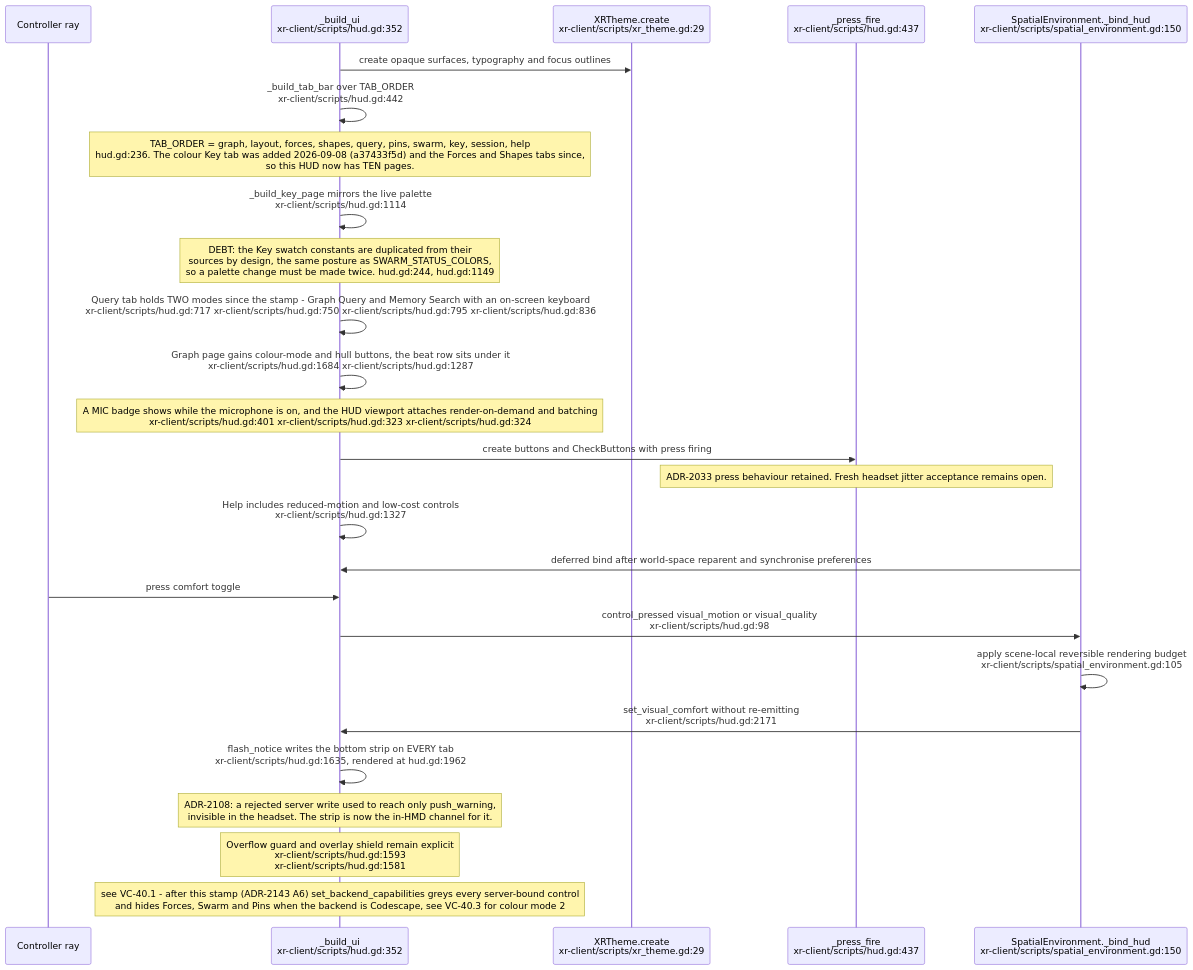
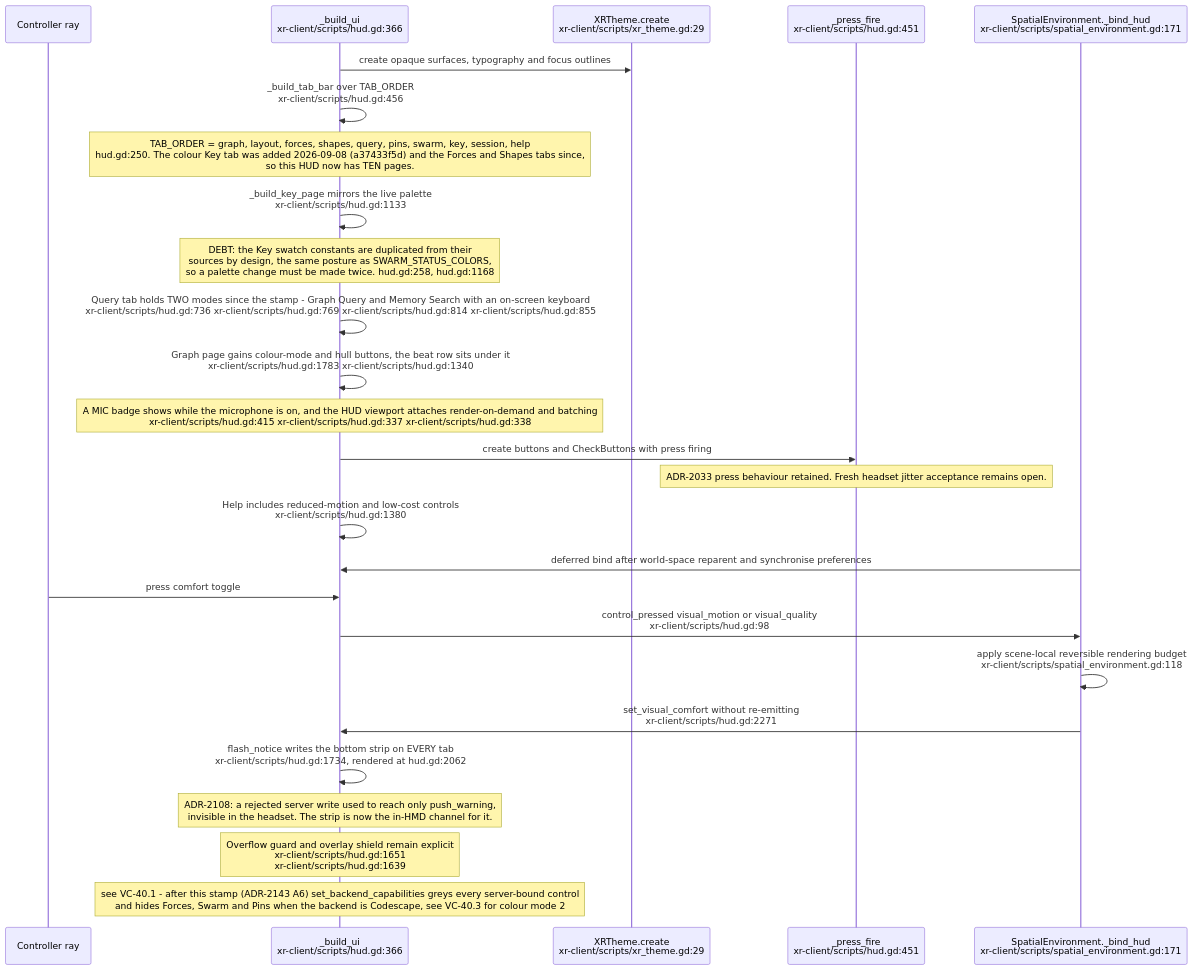
One commit to DreamLab-AI/VisionFlow changed the eighth of 27 diagrams in docs/diagrams/visionclaw/36-godot-xr-client.md. Above: the diagram before and after it, drawn with Mermaid. The commit also changed other lines of this file and 173 other files, not shown here.

````diff
--- a/docs/diagrams/visionclaw/36-godot-xr-client.md
+++ b/docs/diagrams/visionclaw/36-godot-xr-client.md
@@ -461,28 +473,28 @@
 ```mermaid
 sequenceDiagram
     participant W as Controller ray
-    participant HUD as _build_ui<br/>xr-client/scripts/hud.gd:352
+    participant HUD as _build_ui<br/>xr-client/scripts/hud.gd:366
     participant Theme as XRTheme.create<br/>xr-client/scripts/xr_theme.gd:29
-    participant Press as _press_fire<br/>xr-client/scripts/hud.gd:437
-    participant Env as SpatialEnvironment._bind_hud<br/>xr-client/scripts/spatial_environment.gd:150
+    participant Press as _press_fire<br/>xr-client/scripts/hud.gd:451
+    participant Env as SpatialEnvironment._bind_hud<br/>xr-client/scripts/spatial_environment.gd:171
     HUD->>Theme: create opaque surfaces, typography and focus outlines
-    HUD->>HUD: _build_tab_bar over TAB_ORDER<br/>xr-client/scripts/hud.gd:442
-    Note over HUD: TAB_ORDER = graph, layout, forces, shapes, query, pins, swarm, key, session, help<br/>hud.gd:236. The colour Key tab was added 2026-09-08 (a37433f5d) and the Forces and Shapes tabs since,<br/>so this HUD now has TEN pages.
-    HUD->>HUD: _build_key_page mirrors the live palette<br/>xr-client/scripts/hud.gd:1114
-    Note over HUD: DEBT: the Key swatch constants are duplicated from their<br/>sources by design, the same posture as SWARM_STATUS_COLORS,<br/>so a palette change must be made twice. hud.gd:244, hud.gd:1149
-    HUD->>HUD: Query tab holds TWO modes since the stamp - Graph Query and Memory Search with an on-screen keyboard<br/>xr-client/scripts/hud.gd:717 xr-client/scripts/hud.gd:750 xr-client/scripts/hud.gd:795 xr-client/scripts/hud.gd:836
-    HUD->>HUD: Graph page gains colour-mode and hull buttons, the beat row sits under it<br/>xr-client/scripts/hud.gd:1684 xr-client/scripts/hud.gd:1287
-    Note over HUD: A MIC badge shows while the microphone is on, and the HUD viewport attaches render-on-demand and batching<br/>xr-client/scripts/hud.gd:401 xr-client/scripts/hud.gd:323 xr-client/scripts/hud.gd:324
+    HUD->>HUD: _build_tab_bar over TAB_ORDER<br/>xr-client/scripts/hud.gd:456
+    Note over HUD: TAB_ORDER = graph, layout, forces, shapes, query, pins, swarm, key, session, help<br/>hud.gd:250. The colour Key tab was added 2026-09-08 (a37433f5d) and the Forces and Shapes tabs since,<br/>so this HUD now has TEN pages.
+    HUD->>HUD: _build_key_page mirrors the live palette<br/>xr-client/scripts/hud.gd:1133
+    Note over HUD: DEBT: the Key swatch constants are duplicated from their<br/>sources by design, the same posture as SWARM_STATUS_COLORS,<br/>so a palette change must be made twice. hud.gd:258, hud.gd:1168
+    HUD->>HUD: Query tab holds TWO modes since the stamp - Graph Query and Memory Search with an on-screen keyboard<br/>xr-client/scripts/hud.gd:736 xr-client/scripts/hud.gd:769 xr-client/scripts/hud.gd:814 xr-client/scripts/hud.gd:855
+    HUD->>HUD: Graph page gains colour-mode and hull buttons, the beat row sits under it<br/>xr-client/scripts/hud.gd:1783 xr-client/scripts/hud.gd:1340
+    Note over HUD: A MIC badge shows while the microphone is on, and the HUD viewport attaches render-on-demand and batching<br/>xr-client/scripts/hud.gd:415 xr-client/scripts/hud.gd:337 xr-client/scripts/hud.gd:338
     HUD->>Press: create buttons and CheckButtons with press firing
     Note over Press: ADR-2033 press behaviour retained. Fresh headset jitter acceptance remains open.
-    HUD->>HUD: Help includes reduced-motion and low-cost controls<br/>xr-client/scripts/hud.gd:1327
+    HUD->>HUD: Help includes reduced-motion and low-cost controls<br/>xr-client/scripts/hud.gd:1380
     Env->>HUD: deferred bind after world-space reparent and synchronise preferences
     W->>HUD: press comfort toggle
     HUD->>Env: control_pressed visual_motion or visual_quality<br/>xr-client/scripts/hud.gd:98
-    Env->>Env: apply scene-local reversible rendering budget<br/>xr-client/scripts/spatial_environment.gd:105
-    Env->>HUD: set_visual_comfort without re-emitting<br/>xr-client/scripts/hud.gd:2171
-    HUD->>HUD: flash_notice writes the bottom strip on EVERY tab<br/>xr-client/scripts/hud.gd:1635, rendered at hud.gd:1962
+    Env->>Env: apply scene-local reversible rendering budget<br/>xr-client/scripts/spatial_environment.gd:118
+    Env->>HUD: set_visual_comfort without re-emitting<br/>xr-client/scripts/hud.gd:2271
+    HUD->>HUD: flash_notice writes the bottom strip on EVERY tab<br/>xr-client/scripts/hud.gd:1734, rendered at hud.gd:2062
     Note over HUD: ADR-2108: a rejected server write used to reach only push_warning,<br/>invisible in the headset. The strip is now the in-HMD channel for it.
-    Note over HUD: Overflow guard and overlay shield remain explicit<br/>xr-client/scripts/hud.gd:1593<br/>xr-client/scripts/hud.gd:1581
+    Note over HUD: Overflow guard and overlay shield remain explicit<br/>xr-client/scripts/hud.gd:1651<br/>xr-client/scripts/hud.gd:1639
     Note over HUD: see VC-40.1 - after this stamp (ADR-2143 A6) set_backend_capabilities greys every server-bound control<br/>and hides Forces, Swarm and Pins when the backend is Codescape, see VC-40.3 for colour mode 2
 ```
````
